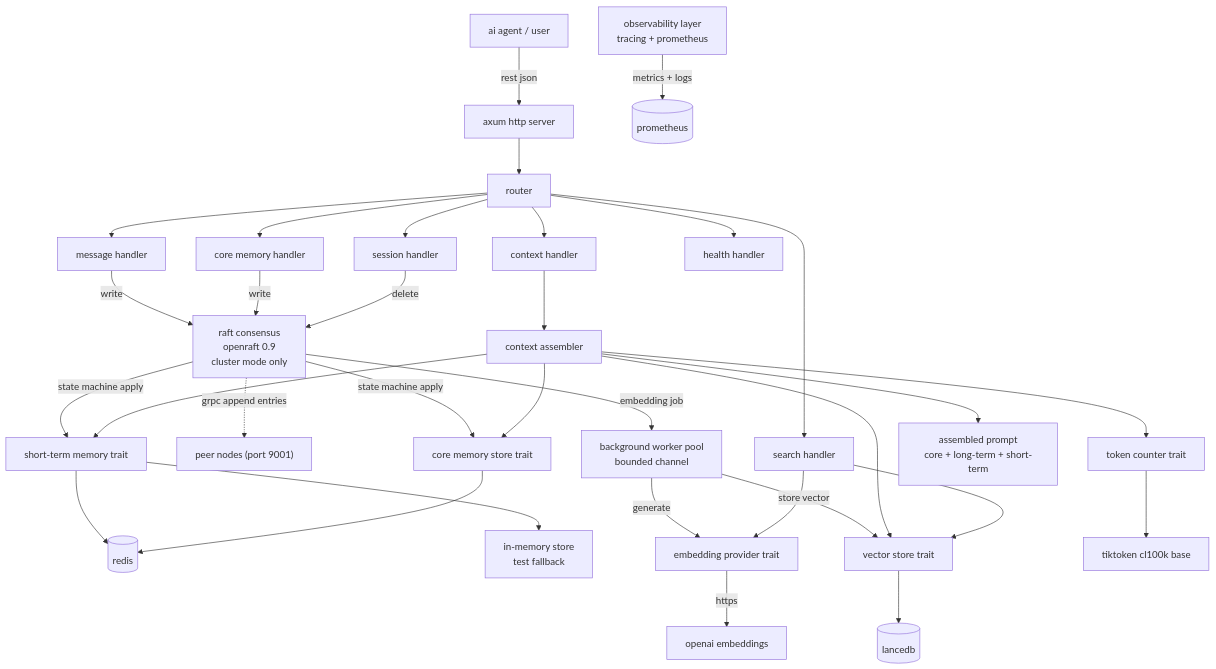
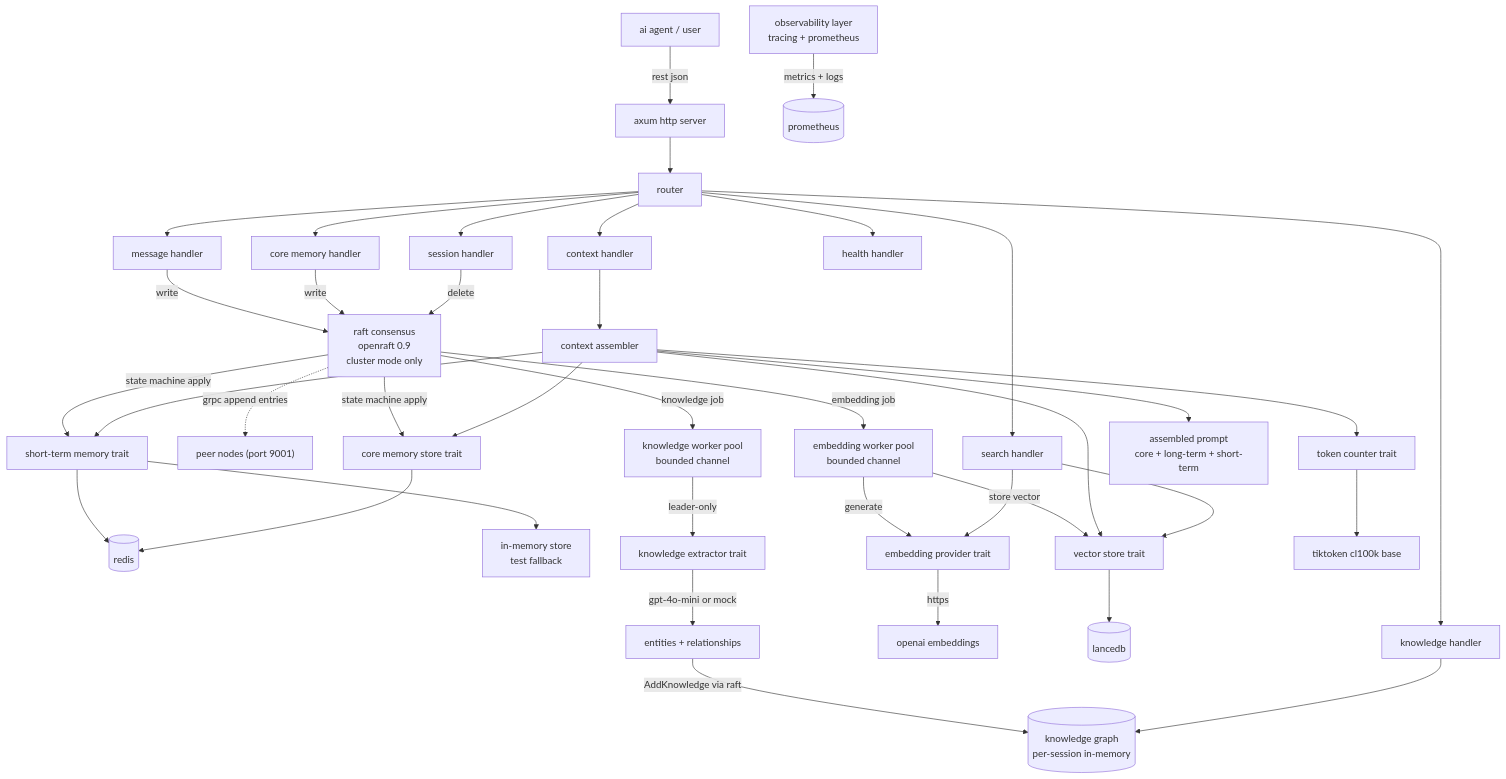
One commit to bit2swaz/engram changed the diagram in docs/SSOT.md. Above: the diagram before and after it, drawn with Mermaid. The commit also changed other lines of this file and 6 other files, not shown here.

````diff
--- a/docs/SSOT.md
+++ b/docs/SSOT.md
@@ -97,43 +118,50 @@
 ```mermaid
 graph TD
     client["ai agent / user"] -->|rest json| axum["axum http server"]
     axum --> router["router"]
 
     router --> sessionhandler["session handler"]
     router --> memoryhandler["message handler"]
     router --> contexthandler["context handler"]
     router --> searchhandler["search handler"]
     router --> corememhandler["core memory handler"]
     router --> healthhandler["health handler"]
+    router --> knowledgehandler["knowledge handler"]
 
     memoryhandler -->|write| raft["raft consensus\nopenraft 0.9\ncluster mode only"]
     corememhandler -->|write| raft
     sessionhandler -->|delete| raft
     raft -.->|grpc append entries| peers["peer nodes (port 9001)"]
     raft -->|state machine apply| shortterm["short-term memory trait"]
     raft -->|state machine apply| coremem["core memory store trait"]
-    raft -->|embedding job| embedqueue["background worker pool\nbounded channel"]
+    raft -->|embedding job| embedqueue["embedding worker pool\nbounded channel"]
+    raft -->|knowledge job| knowledgequeue["knowledge worker pool\nbounded channel"]
 
     shortterm --> redis[("redis")]
     shortterm --> inmem["in-memory store\ntest fallback"]
 
     embedqueue -->|generate| embedprovider["embedding provider trait"]
     embedprovider -->|https| openai["openai embeddings"]
     embedqueue -->|store vector| longterm["vector store trait"]
     longterm --> lancedb[("lancedb")]
 
     coremem --> redis
+
+    knowledgequeue -->|leader-only| extractor["knowledge extractor trait"]
+    extractor -->|gpt-4o-mini or mock| extraction["entities + relationships"]
+    extraction -->|AddKnowledge via raft| knowledgegraph[("knowledge graph\nper-session in-memory")]
+    knowledgehandler --> knowledgegraph
 
     contexthandler --> assembler["context assembler"]
     assembler --> shortterm
     assembler --> longterm
     assembler --> coremem
     assembler --> tokencounter["token counter trait"]
     tokencounter --> tiktoken["tiktoken cl100k base"]
     assembler --> finalcontext["assembled prompt\ncore + long-term + short-term"]
 
     searchhandler --> embedprovider
     searchhandler --> longterm
 
     observability["observability layer\ntracing + prometheus"] -->|metrics + logs| prometheus[("prometheus")]
 ```
````
